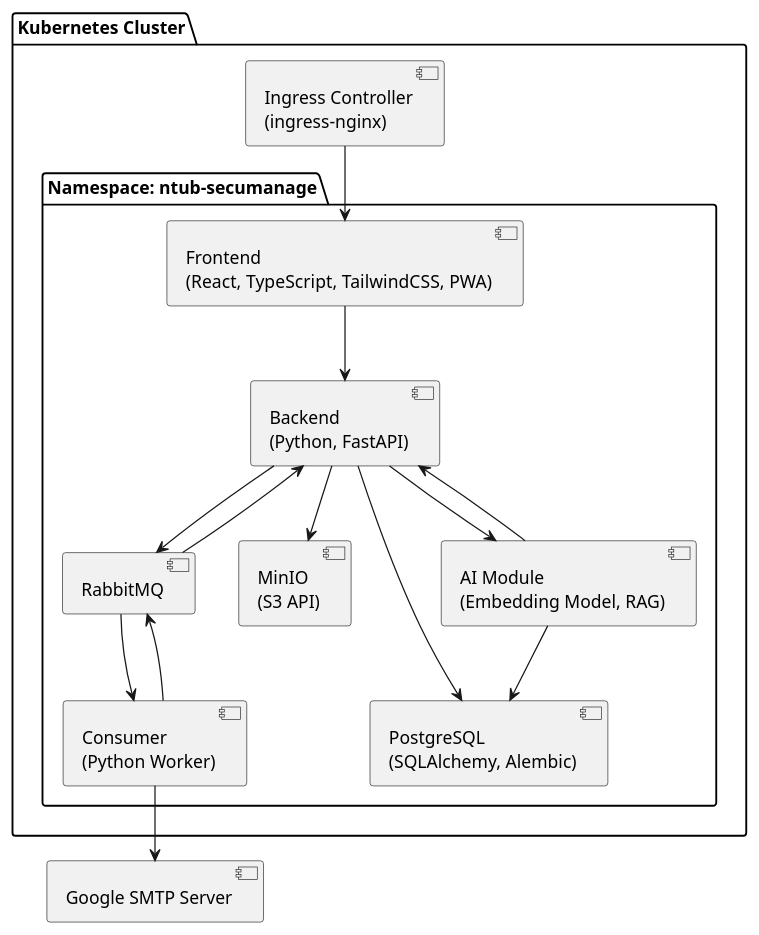
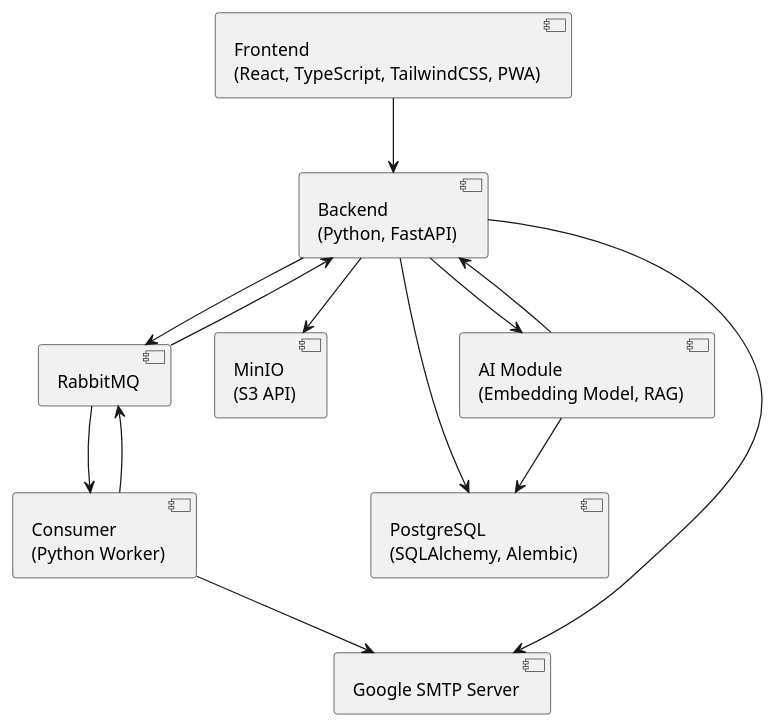
Before and after one commit to walle45611/NTUB_SecuManag_Diagram: the diagram in plantUML/component/component.puml, drawn with PlantUML. The commit also changed 4 other files, not shown here.

Commit message:
(modify): 調整套件圖與元件圖 (#36)

```diff
--- a/plantUML/component/component.puml
+++ b/plantUML/component/component.puml
@@ -1,38 +1,25 @@
 @startuml
 
-package "Kubernetes Cluster" {
-  component "Ingress Controller\n(ingress-nginx)" as Ingress
-
-  package "Namespace: ntub-secumanage" {
-    component "Frontend\n(React, TypeScript, TailwindCSS, PWA)" as Frontend
-
-    component "Backend\n(Python, FastAPI)" as Backend
-
-    component "RabbitMQ" as RabbitMQ
-
-    component "MinIO\n(S3 API)" as MinIO
-
-    component "PostgreSQL\n(SQLAlchemy, Alembic)" as Database
-
-    component "Consumer\n(Python Worker)" as Consumer
-
-    component "AI Module\n(Embedding Model, RAG)" as AIModule
-  }
-}
-
+component "Frontend\n(React, TypeScript, TailwindCSS, PWA)" as Frontend
+component "Backend\n(Python, FastAPI)" as Backend
+component "RabbitMQ" as RabbitMQ
+component "MinIO\n(S3 API)" as MinIO
+component "PostgreSQL\n(SQLAlchemy, Alembic)" as Database
+component "Consumer\n(Python Worker)" as Consumer
+component "AI Module\n(Embedding Model, RAG)" as AIModule
 component "Google SMTP Server" as SMTP
 
-Ingress --> Frontend
 Frontend --> Backend
 Backend --> RabbitMQ
 Consumer --> RabbitMQ
 Backend --> MinIO
 Backend --> Database
 Backend --> AIModule
 AIModule --> Database
 RabbitMQ --> Consumer
 RabbitMQ --> Backend
 Consumer --> SMTP
 AIModule --> Backend
+Backend --> SMTP
 
 @enduml
```
